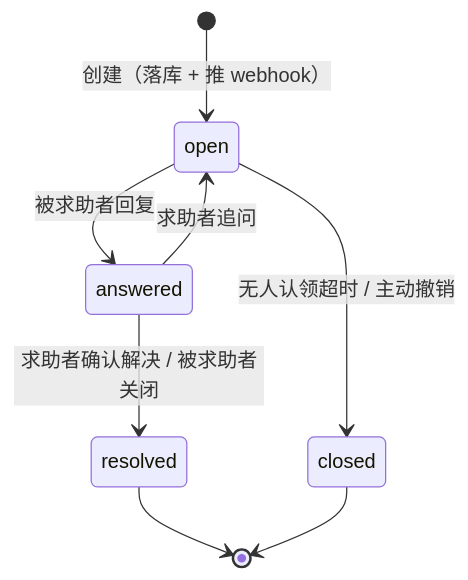
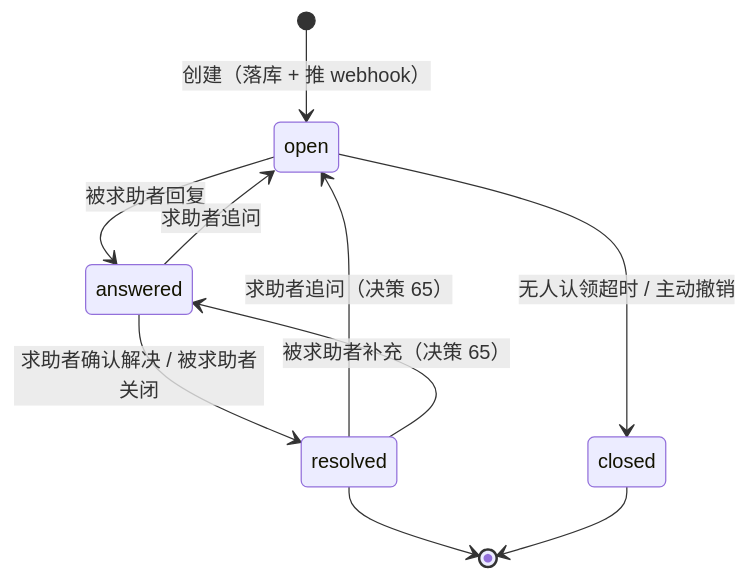
Before and after one commit to othorizon/easy-agent-team: the first of 4 diagrams in docs/product-design.md, drawn with Mermaid. The commit also changed other lines of this file and 10 other files, not shown here.

````diff
--- a/docs/product-design.md
+++ b/docs/product-design.md
@@ -322,10 +322,12 @@
 ```mermaid
 stateDiagram-v2
     [*] --> open : 创建（落库 + 推 webhook）
     open --> answered : 被求助者回复
     answered --> open : 求助者追问
     answered --> resolved : 求助者确认解决 / 被求助者关闭
+    resolved --> open : 求助者追问（决策 65）
+    resolved --> answered : 被求助者补充（决策 65）
     open --> closed : 无人认领超时 / 主动撤销
     resolved --> [*]
     closed --> [*]
 ```
````
